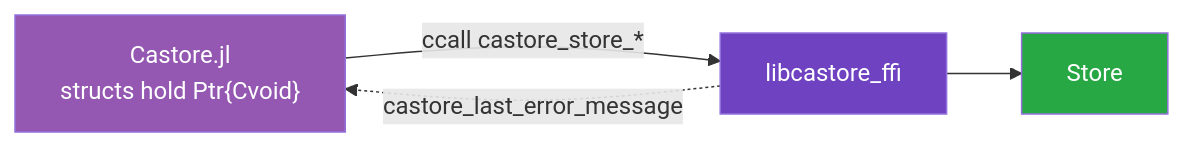
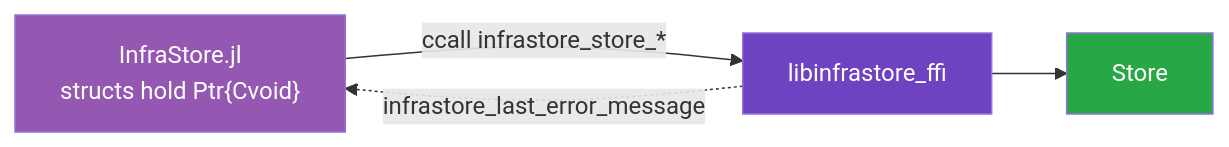
The second of 2 diagrams in docs/src/explanation/bindings.md (NatLabRockies/infrastore), drawn with Mermaid before and after one commit. The commit also changed other lines of this file and 193 other files, not shown here.

````diff
--- a/docs/src/explanation/bindings.md
+++ b/docs/src/explanation/bindings.md
@@ -47,10 +47,10 @@
 ```mermaid
 flowchart LR
-    JL["Castore.jl<br/>structs hold Ptr{Cvoid}"] -->|"ccall castore_store_*"| LIB["libcastore_ffi"]
+    JL["InfraStore.jl<br/>structs hold Ptr{Cvoid}"] -->|"ccall infrastore_store_*"| LIB["libinfrastore_ffi"]
     LIB --> STORE["Store"]
-    LIB -.->|"castore_last_error_message"| JL
+    LIB -.->|"infrastore_last_error_message"| JL
 
     style JL fill:#9558b2,color:#fff
     style LIB fill:#6f42c1,color:#fff
     style STORE fill:#28a745,color:#fff
 ```
````
